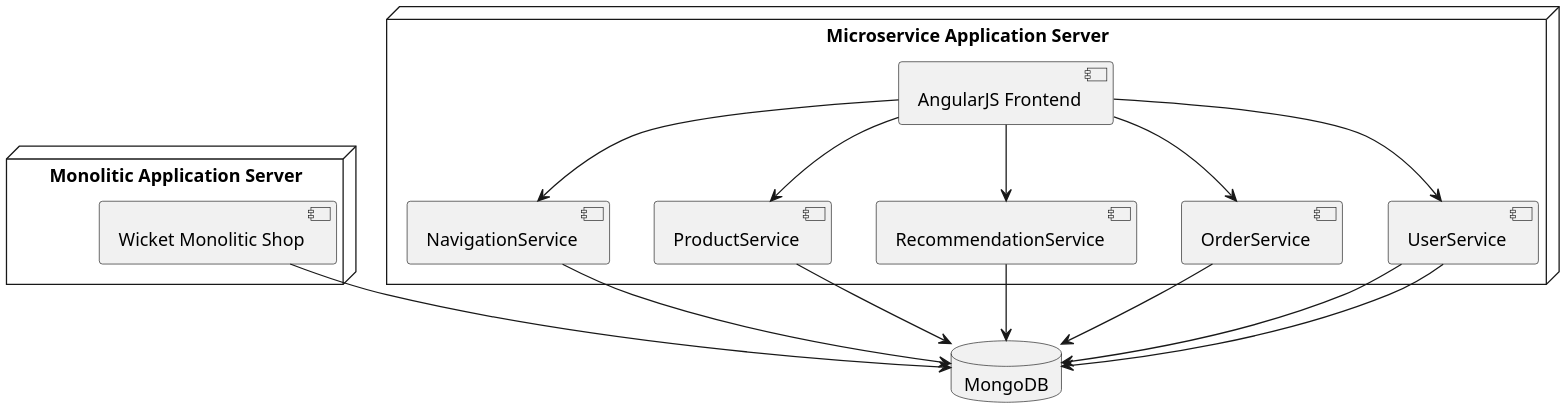
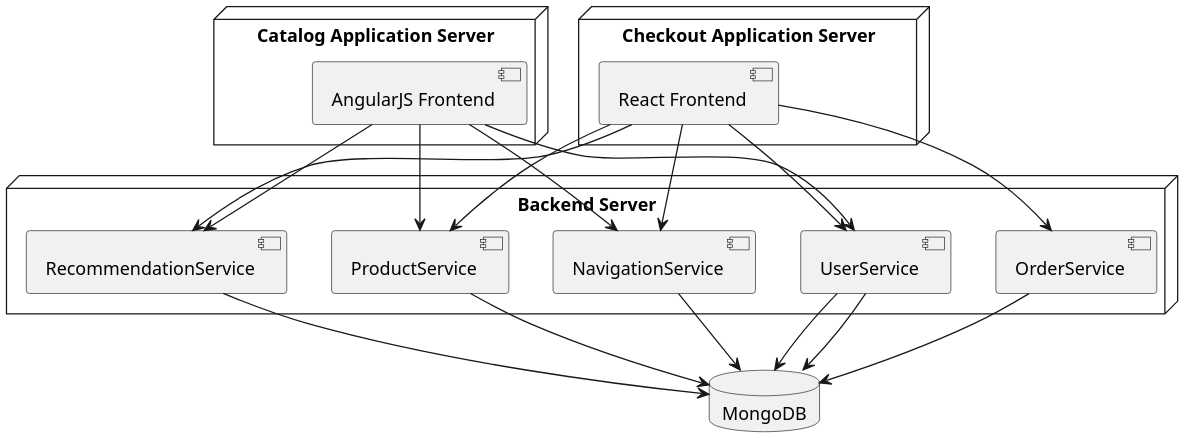
One commit to zutherb/AppStash changed the diagram in external/images/deployment-diagram.puml. Above: the diagram before and after it, drawn with PlantUML. The commit also changed 5 other files, not shown here.

Commit message:
add new deployment diagram

```diff
--- a/external/images/deployment-diagram.puml
+++ b/external/images/deployment-diagram.puml
@@ -1,26 +1,33 @@
 @startuml
 scale 2
 
 database "MongoDB" {
 }
 
-node "Monolitic Application Server" {
-    [Wicket Monolitic Shop] --> MongoDB
-}
-
-node "Microservice Application Server" {
-    [AngularJS Frontend] --> [NavigationService]
-    [AngularJS Frontend] --> [ProductService]
-    [AngularJS Frontend] --> [RecommendationService]
-    [AngularJS Frontend] --> [OrderService]
-    [AngularJS Frontend] --> [UserService]
-
+node "Backend Server" {
     [UserService] --> MongoDB
     [NavigationService] --> MongoDB
     [ProductService] --> MongoDB
     [RecommendationService] --> MongoDB
     [OrderService] --> MongoDB
     [UserService] --> MongoDB
 }
 
+node "Catalog Application Server" {
+    [AngularJS Frontend] --> [NavigationService]
+    [AngularJS Frontend] --> [ProductService]
+    [AngularJS Frontend] --> [RecommendationService]
+    [AngularJS Frontend] --> [UserService]
+}
+
+node "Checkout Application Server" {
+    [React Frontend] --> [NavigationService]
+    [React Frontend] --> [ProductService]
+    [React Frontend] --> [RecommendationService]
+    [React Frontend] --> [OrderService]
+    [React Frontend] --> [UserService]
+}
+
+
+
 @enduml
```
